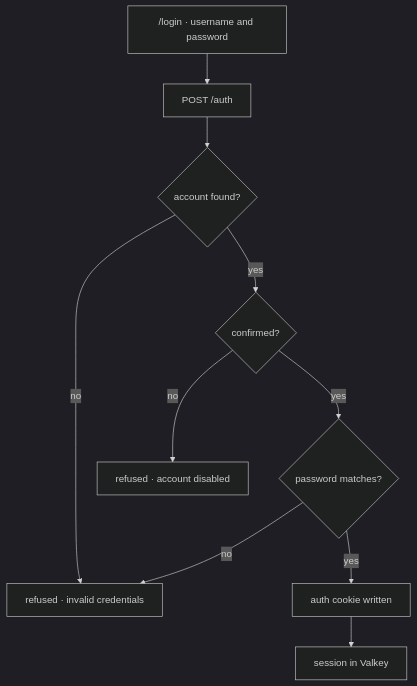
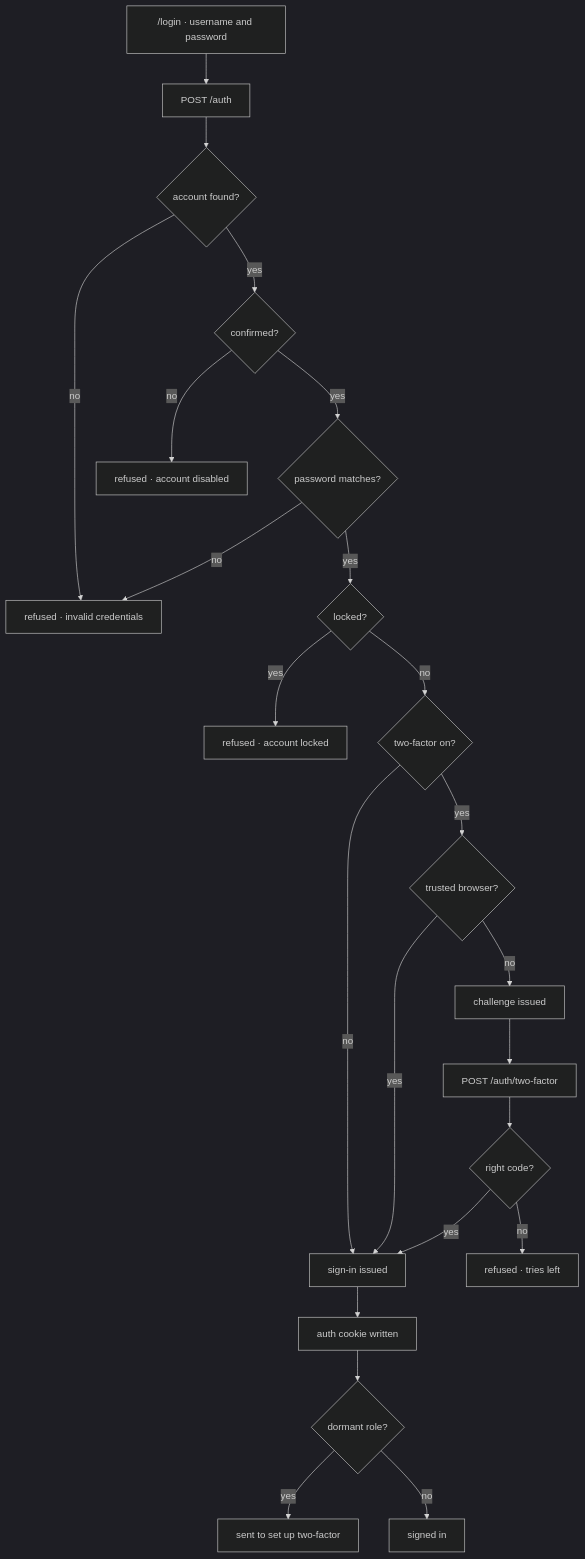
One commit to ESA-Blueshell/website changed the second of 2 diagrams in docs/flows/sign-in/README.md. Above: the diagram before and after it, drawn with Mermaid (dark theme). The commit also changed other lines of this file and 417 other files, not shown here.

First line of the commit message:
feat(auth): two-factor, sign-in records, account pages, lock links (#1612)

````diff
--- a/docs/flows/sign-in/README.md
+++ b/docs/flows/sign-in/README.md
@@ -63,12 +118,25 @@
 ```mermaid
 flowchart TD
     A["/login · username and password"] --> B["POST /auth"]
     B --> Q1{"account found?"}
     Q1 -->|no| R1["refused · invalid credentials"]
     Q1 -->|yes| Q2{"confirmed?"}
     Q2 -->|no| R2["refused · account disabled"]
     Q2 -->|yes| Q3{"password matches?"}
     Q3 -->|no| R1
-    Q3 -->|yes| S["auth cookie written"]
-    S --> T["session in Valkey"]
+    Q3 -->|yes| Q4{"locked?"}
+    Q4 -->|yes| R3["refused · account locked"]
+    Q4 -->|no| Q5{"two-factor on?"}
+    Q5 -->|no| S["sign-in issued"]
+    Q5 -->|yes| Q6{"trusted browser?"}
+    Q6 -->|yes| S
+    Q6 -->|no| C["challenge issued"]
+    C --> D["POST /auth/two-factor"]
+    D --> Q7{"right code?"}
+    Q7 -->|yes| S
+    Q7 -->|no| R4["refused · tries left"]
+    S --> E["auth cookie written"]
+    E --> Q8{"dormant role?"}
+    Q8 -->|yes| F["sent to set up two-factor"]
+    Q8 -->|no| G["signed in"]
 ```
````
